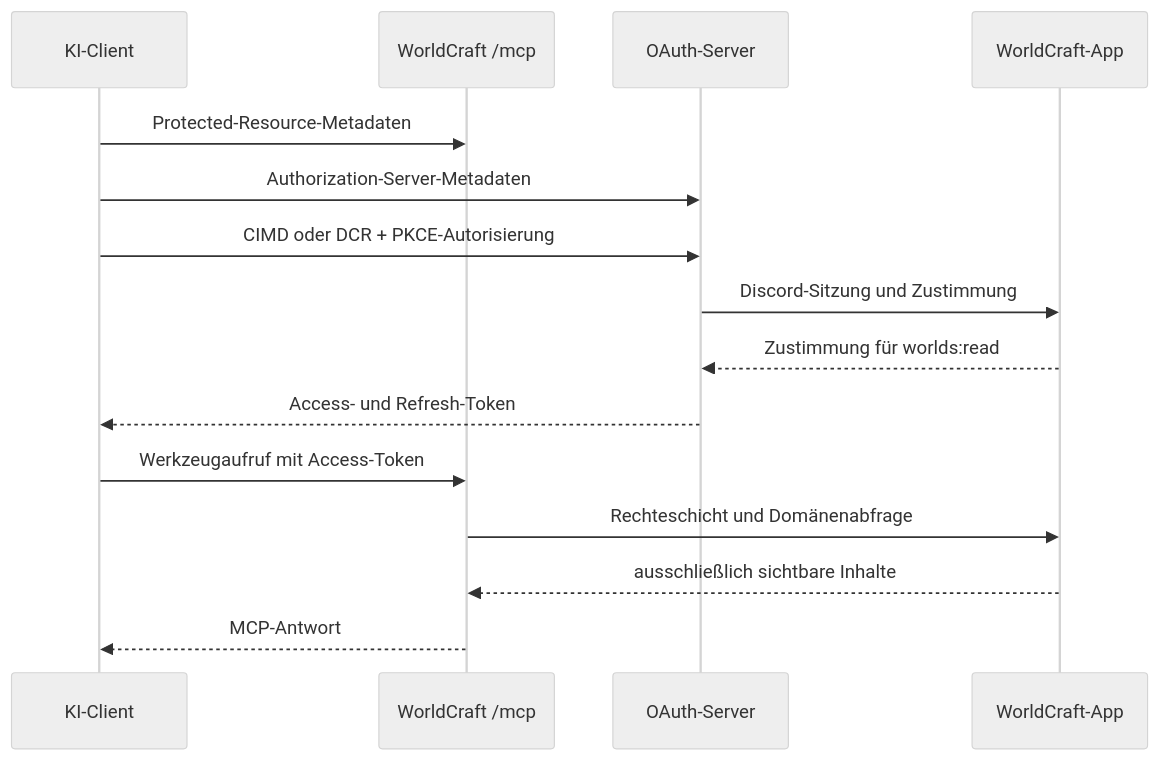
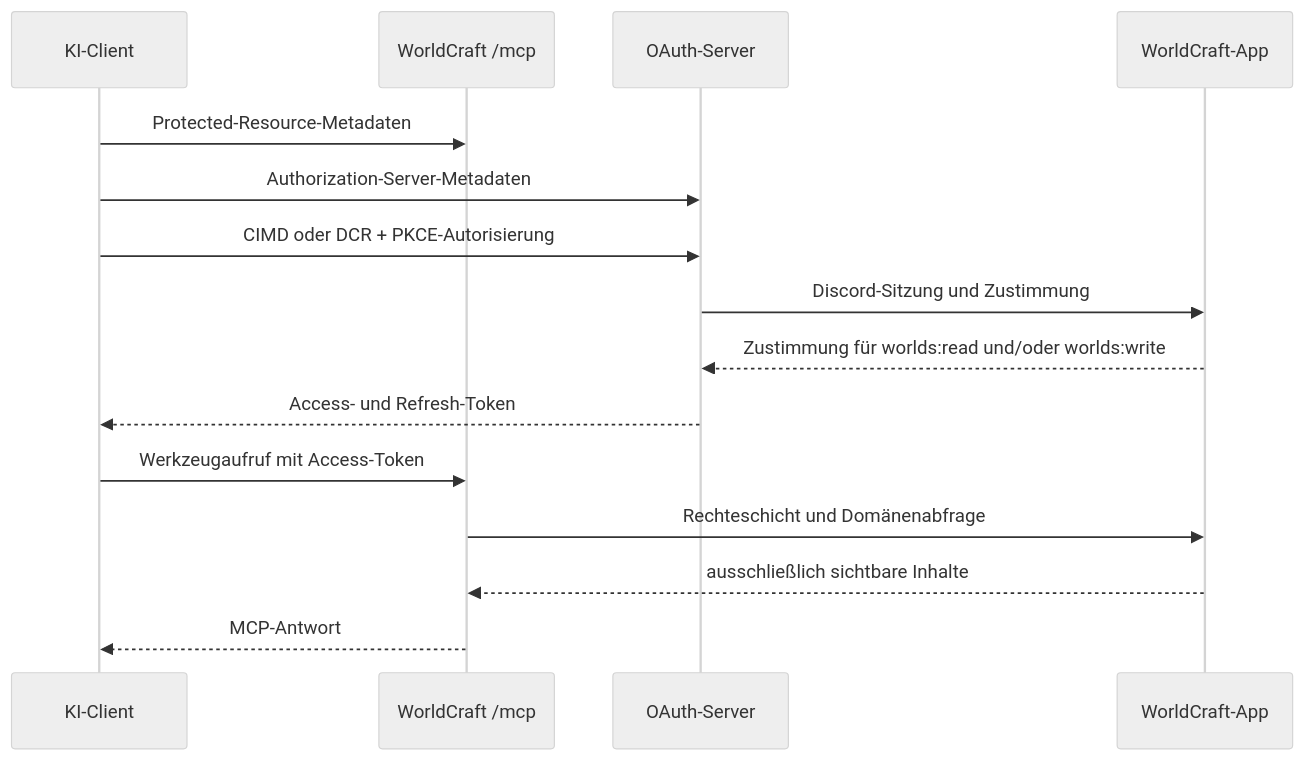
One commit to diego-lagolago/WorldCraft changed the first of 2 diagrams in .ai/architecture/mcp.md. Above: the diagram before and after it, drawn with Mermaid (neutral theme). The commit also changed other lines of this file and 31 other files, not shown here.

````diff
--- a/.ai/architecture/mcp.md
+++ b/.ai/architecture/mcp.md
@@ -21,18 +21,18 @@
 ```mermaid
 sequenceDiagram
   participant Client as KI-Client
   participant MCP as WorldCraft /mcp
   participant OAuth as OAuth-Server
   participant App as WorldCraft-App
 
   Client->>MCP: Protected-Resource-Metadaten
   Client->>OAuth: Authorization-Server-Metadaten
   Client->>OAuth: CIMD oder DCR + PKCE-Autorisierung
   OAuth->>App: Discord-Sitzung und Zustimmung
-  App-->>OAuth: Zustimmung für worlds:read
+  App-->>OAuth: Zustimmung für worlds:read und/oder worlds:write
   OAuth-->>Client: Access- und Refresh-Token
   Client->>MCP: Werkzeugaufruf mit Access-Token
   MCP->>App: Rechteschicht und Domänenabfrage
   App-->>MCP: ausschließlich sichtbare Inhalte
   MCP-->>Client: MCP-Antwort
 ```
````
